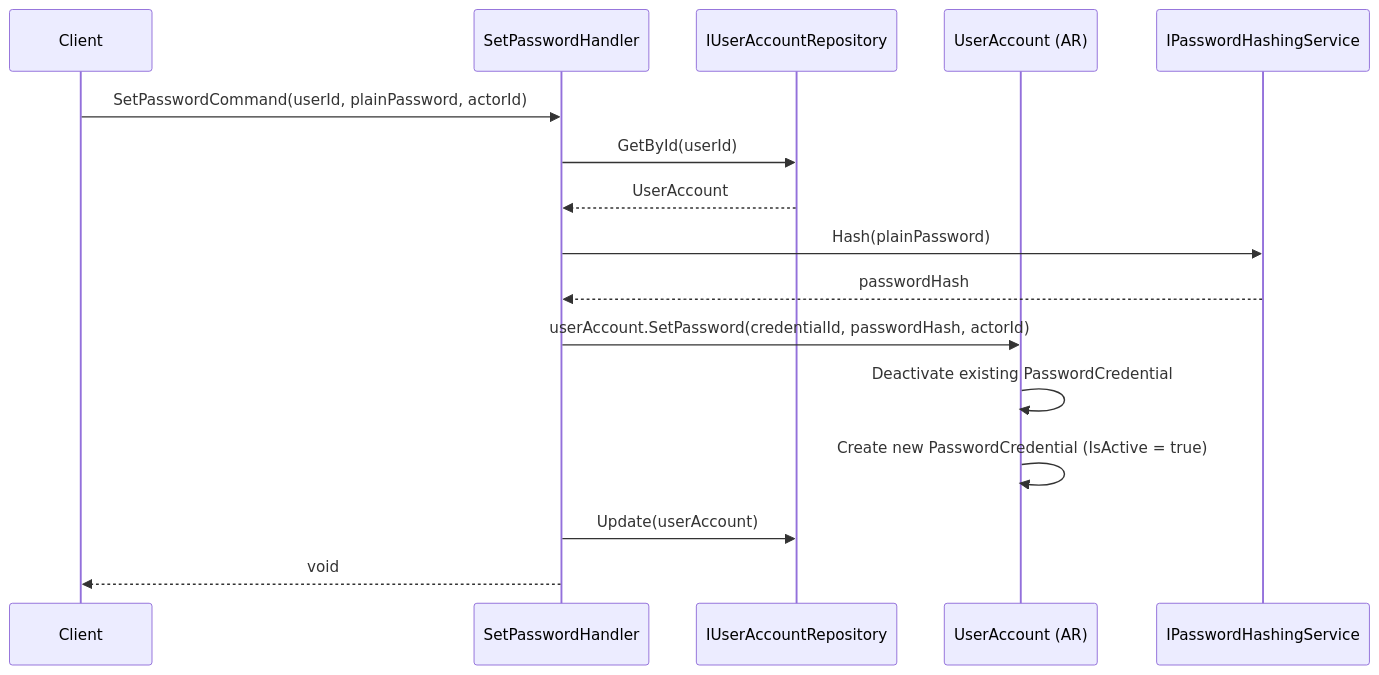
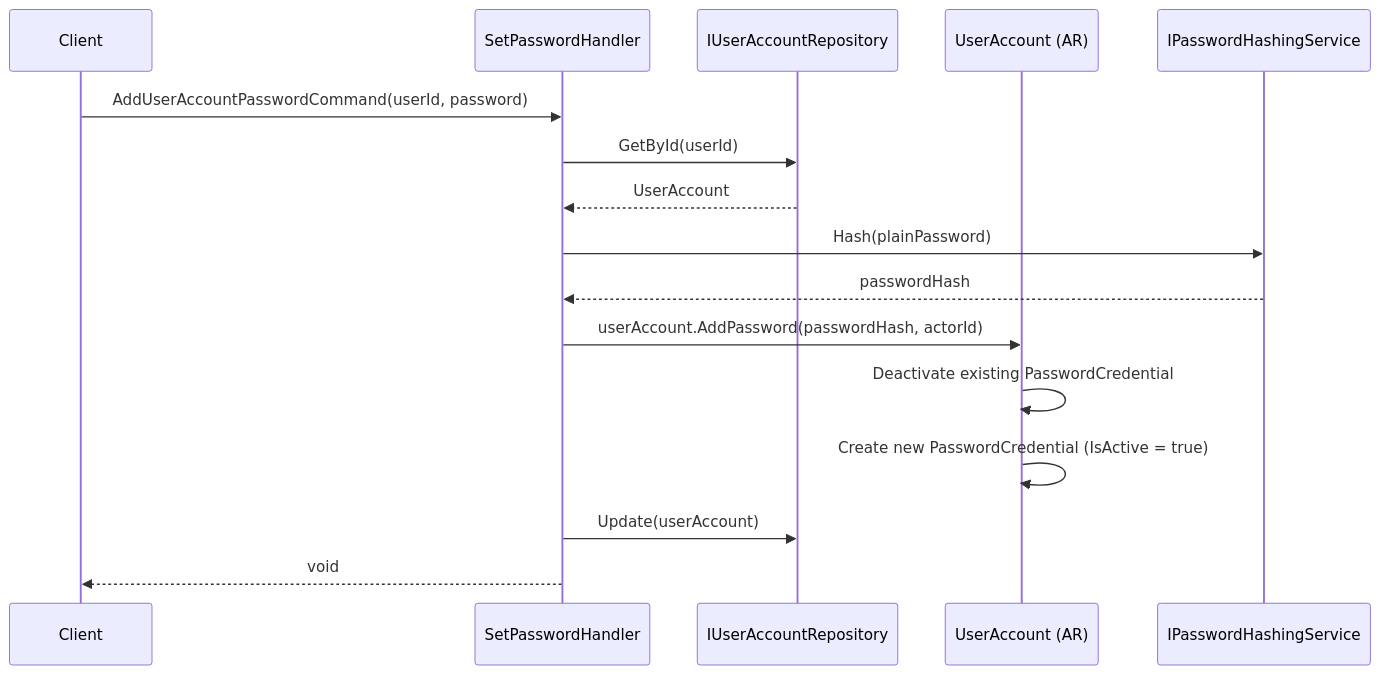
One commit to beyondnetcode/ums changed the second of 5 diagrams in docs/domain/identity/user-account.md. Above: the diagram before and after it, drawn with Mermaid. The commit also changed other lines of this file and 91 other files, not shown here.

````diff
--- a/docs/domain/identity/user-account.md
+++ b/docs/domain/identity/user-account.md
@@ -159,19 +158,19 @@
 ```mermaid
 sequenceDiagram
     participant C as Client
     participant H as SetPasswordHandler
     participant R as IUserAccountRepository
     participant U as UserAccount (AR)
     participant P as IPasswordHashingService
 
-    C->>H: SetPasswordCommand(userId, plainPassword, actorId)
+    C->>H: AddUserAccountPasswordCommand(userId, password)
     H->>R: GetById(userId)
     R-->>H: UserAccount
     H->>P: Hash(plainPassword)
     P-->>H: passwordHash
-    H->>U: userAccount.SetPassword(credentialId, passwordHash, actorId)
+    H->>U: userAccount.AddPassword(passwordHash, actorId)
     U->>U: Deactivate existing PasswordCredential
     U->>U: Create new PasswordCredential (IsActive = true)
     H->>R: Update(userAccount)
     H-->>C: void
 ```
````
